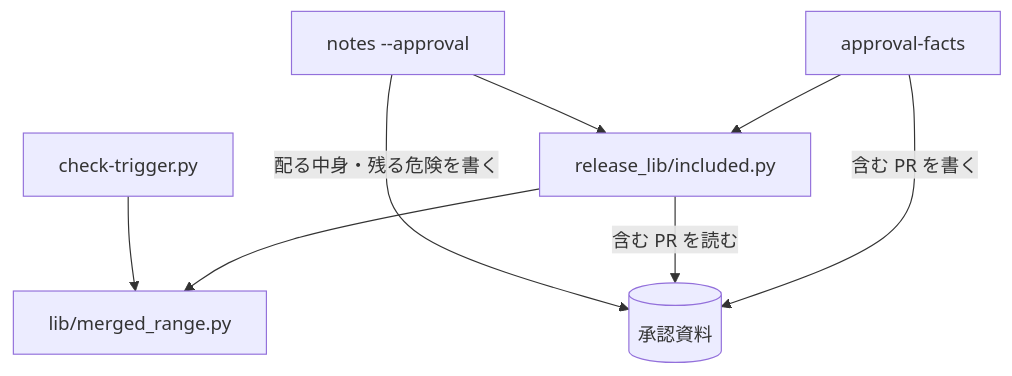
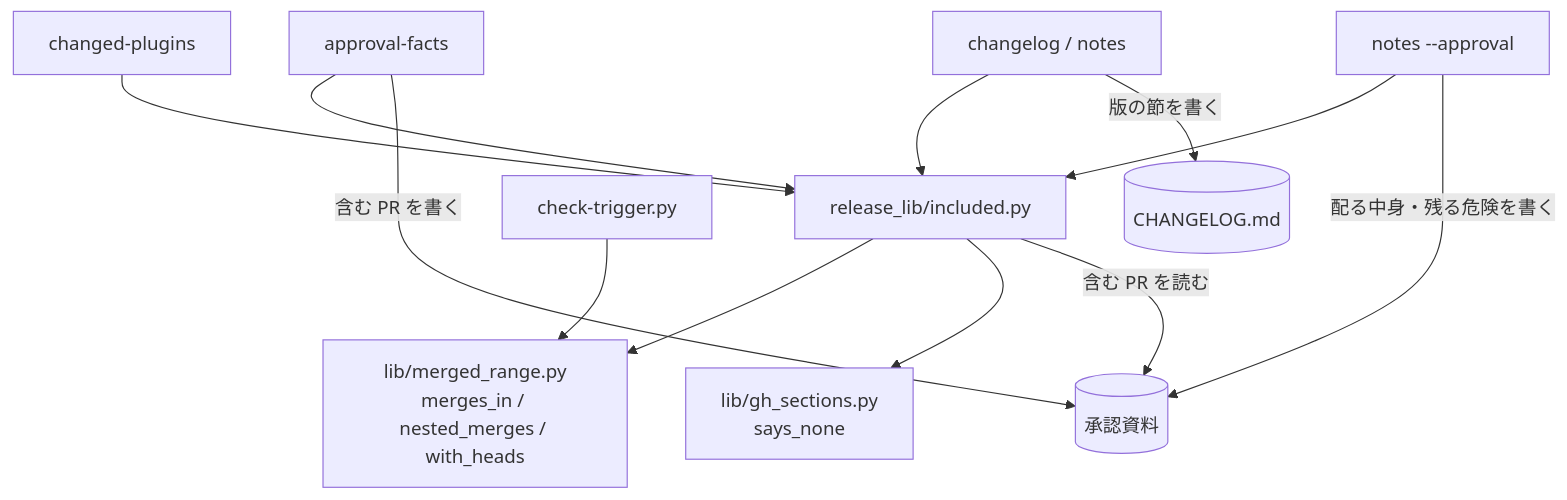
The diagram in docs/specifications/ndf-release-approval-included-prs.md (devbasex/ai-plugins), drawn with Mermaid before and after one commit. The commit also changed other lines of this file and 1 other file, not shown here.

````diff
--- a/docs/specifications/ndf-release-approval-included-prs.md
+++ b/docs/specifications/ndf-release-approval-included-prs.md
@@ -60,10 +86,14 @@
 ```mermaid
 graph TD
     AF[approval-facts] --> INC[release_lib/included.py]
+    CL[changelog / notes] --> INC
+    CP[changed-plugins] --> INC
     NA[notes --approval] --> INC
-    INC --> MR[lib/merged_range.py]
+    INC --> MR[lib/merged_range.py<br>merges_in / nested_merges / with_heads]
+    INC --> GS[lib/gh_sections.py<br>says_none]
     CT[check-trigger.py] --> MR
     AF -->|含む PR を書く| DOC[(承認資料)]
     INC -->|含む PR を読む| DOC
     NA -->|配る中身・残る危険を書く| DOC
+    CL -->|版の節を書く| CH[(CHANGELOG.md)]
 ```
````
